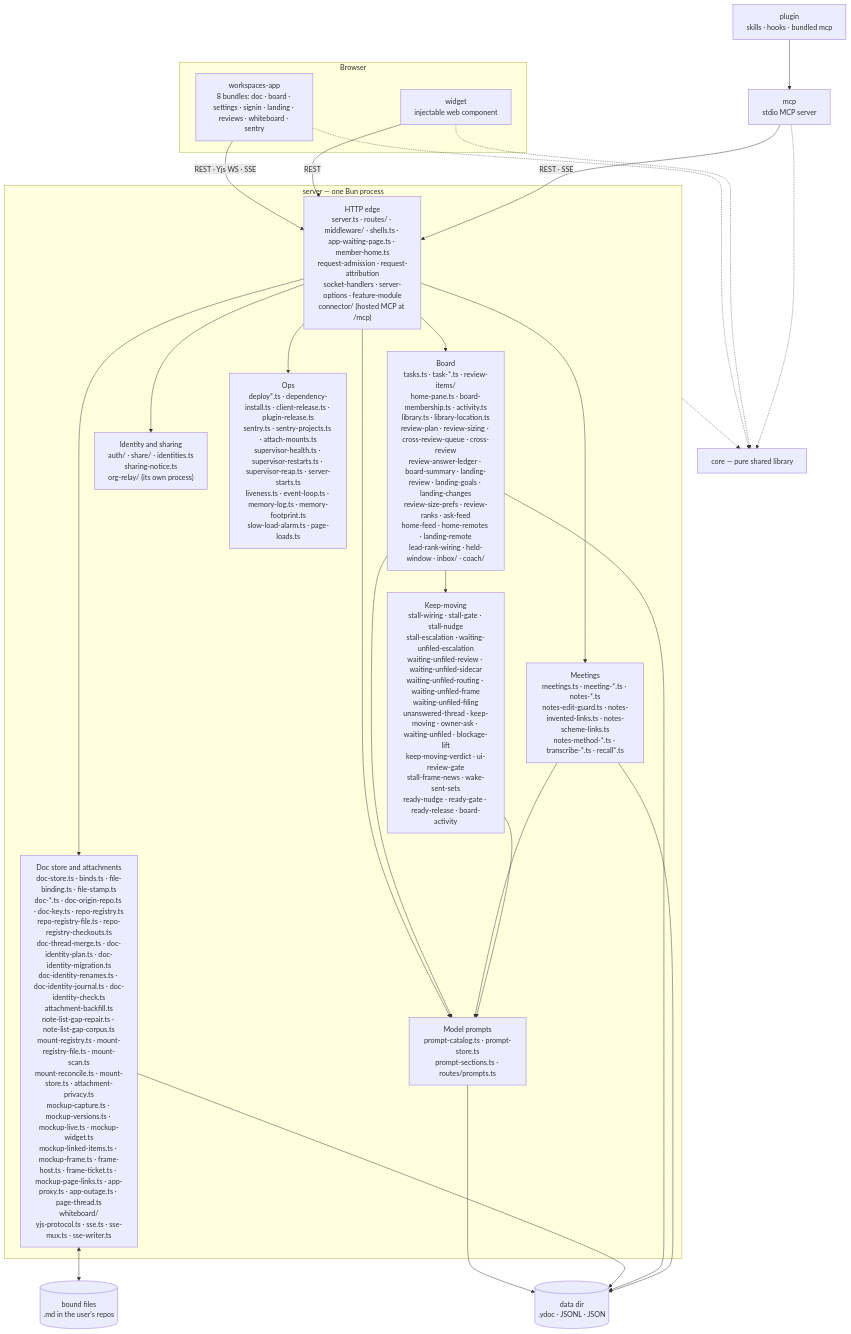
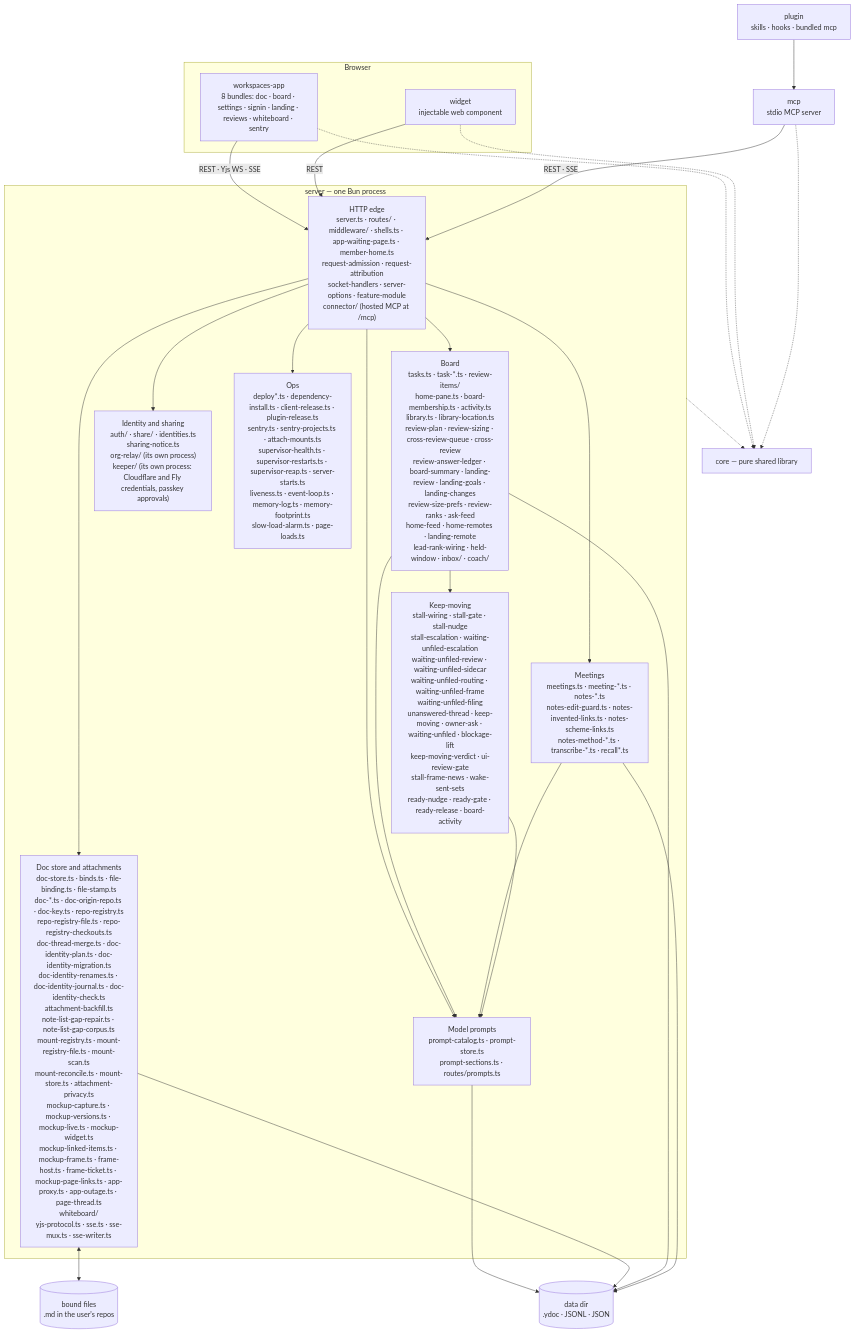
The first of 2 diagrams in docs/architecture/overview.md (fryanpan/claude-workspaces-plugin), drawn with Mermaid before and after one commit. The commit also changed 51 other files, not shown here.

First line of the commit message:
The keeper holds the Mac's Cloudflare and Fly credentials; a new project or a token move waits for a passkey (#1368)

````diff
--- a/docs/architecture/overview.md
+++ b/docs/architecture/overview.md
@@ -45,35 +45,35 @@
 ```mermaid
 flowchart TB
   subgraph browser[Browser]
     app["workspaces-app<br/>8 bundles: doc · board · settings · signin · landing · reviews · whiteboard · sentry"]
     wid["widget<br/>injectable web component"]
   end
   plug["plugin<br/>skills · hooks · bundled mcp"]
   mcp["mcp<br/>stdio MCP server"]
   subgraph srv["server — one Bun process"]
     edge["HTTP edge<br/>server.ts · routes/ · middleware/ · shells.ts · app-waiting-page.ts · member-home.ts<br/>request-admission · request-attribution<br/>socket-handlers · server-options · feature-module<br/>connector/ (hosted MCP at /mcp)"]
     docs["Doc store and attachments<br/>doc-store.ts · binds.ts · file-binding.ts · file-stamp.ts<br/>doc-*.ts · doc-origin-repo.ts · doc-key.ts · repo-registry.ts<br/>repo-registry-file.ts · repo-registry-checkouts.ts<br/>doc-thread-merge.ts · doc-identity-plan.ts · doc-identity-migration.ts<br/>doc-identity-renames.ts · doc-identity-journal.ts · doc-identity-check.ts<br/>attachment-backfill.ts<br/>note-list-gap-repair.ts · note-list-gap-corpus.ts<br/>mount-registry.ts · mount-registry-file.ts · mount-scan.ts<br/>mount-reconcile.ts · mount-store.ts · attachment-privacy.ts<br/>mockup-capture.ts · mockup-versions.ts · mockup-live.ts · mockup-widget.ts<br/>mockup-linked-items.ts · mockup-frame.ts · frame-host.ts · frame-ticket.ts · mockup-page-links.ts · app-proxy.ts · app-outage.ts · page-thread.ts<br/>whiteboard/<br/>yjs-protocol.ts · sse.ts · sse-mux.ts · sse-writer.ts"]
     board["Board<br/>tasks.ts · task-*.ts · review-items/<br/>home-pane.ts · board-membership.ts · activity.ts<br/>library.ts · library-location.ts<br/>review-plan · review-sizing · cross-review-queue · cross-review<br/>review-answer-ledger · board-summary · landing-review · landing-goals · landing-changes<br/>review-size-prefs · review-ranks · ask-feed<br/>home-feed · home-remotes · landing-remote<br/>lead-rank-wiring · held-window · inbox/ · coach/"]
     meet["Meetings<br/>meetings.ts · meeting-*.ts · notes-*.ts<br/>notes-edit-guard.ts · notes-invented-links.ts · notes-scheme-links.ts<br/>notes-method-*.ts · transcribe-*.ts · recall*.ts"]
     keep["Keep-moving<br/>stall-wiring · stall-gate · stall-nudge<br/>stall-escalation · waiting-unfiled-escalation<br/>waiting-unfiled-review · waiting-unfiled-sidecar<br/>waiting-unfiled-routing · waiting-unfiled-frame<br/>waiting-unfiled-filing<br/>unanswered-thread · keep-moving · owner-ask · waiting-unfiled · blockage-lift<br/>keep-moving-verdict · ui-review-gate<br/>stall-frame-news · wake-sent-sets<br/>ready-nudge · ready-gate · ready-release · board-activity"]
-    ident["Identity and sharing<br/>auth/ · share/ · identities.ts<br/>sharing-notice.ts<br/>org-relay/ (its own process)"]
+    ident["Identity and sharing<br/>auth/ · share/ · identities.ts<br/>sharing-notice.ts<br/>org-relay/ (its own process)<br/>keeper/ (its own process: Cloudflare and Fly credentials, passkey approvals)"]
     prompts["Model prompts<br/>prompt-catalog.ts · prompt-store.ts<br/>prompt-sections.ts · routes/prompts.ts"]
     ops["Ops<br/>deploy*.ts · dependency-install.ts · client-release.ts · plugin-release.ts<br/>sentry.ts · sentry-projects.ts · attach-mounts.ts<br/>supervisor-health.ts · supervisor-restarts.ts · supervisor-reap.ts · server-starts.ts<br/>liveness.ts · event-loop.ts · memory-log.ts · memory-footprint.ts<br/>slow-load-alarm.ts · page-loads.ts"]
   end
   core["core — pure shared library"]
   disk[("data dir<br/>.ydoc · JSONL · JSON")]
   files[("bound files<br/>.md in the user's repos")]
 
   app -->|"REST · Yjs WS · SSE"| edge
   wid -->|REST| edge
   plug --> mcp
   mcp -->|"REST · SSE"| edge
   edge --> docs & board & meet & ident & ops & prompts
   board & meet & keep --> prompts
   prompts --> disk
   board --> keep
   docs <--> files
   docs & board & meet --> disk
   app & wid & mcp -.-> core
   srv -.-> core
 ```
````
